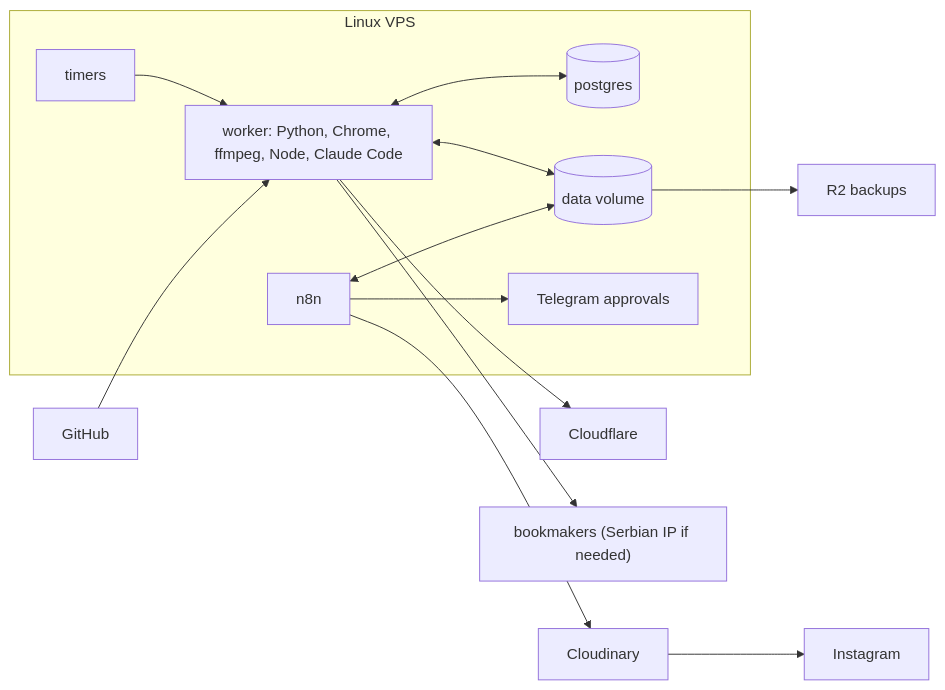
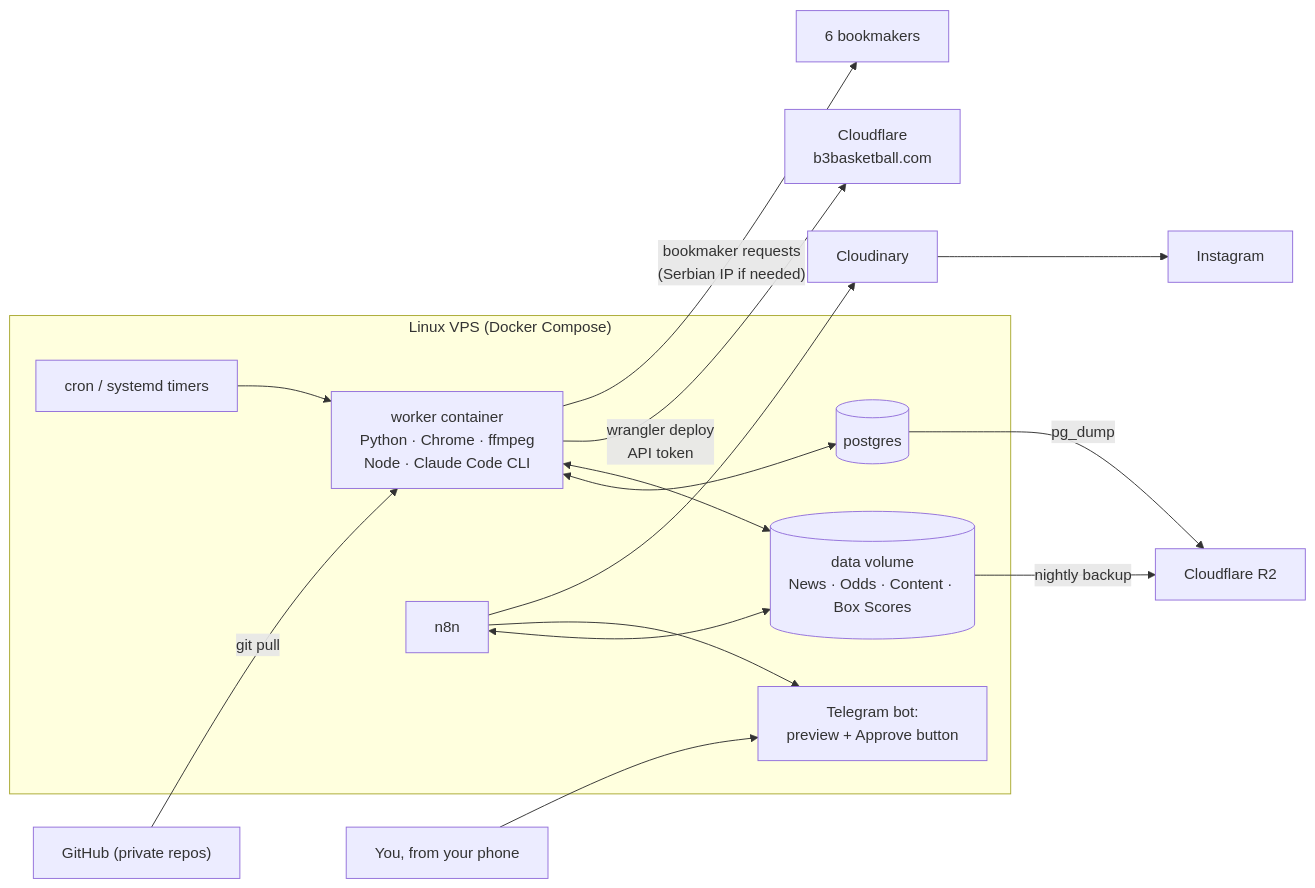
Before and after one commit to branislavzoric/nbafantasy: the seventh of 7 diagrams in docs/ARCHITECTURE.md, drawn with Mermaid. The commit also changed other lines of this file, not shown here.

Commit message:
Expand ARCHITECTURE.md into the full system map

````diff
--- a/docs/ARCHITECTURE.md
+++ b/docs/ARCHITECTURE.md
@@ -126,15 +350,17 @@
 ```mermaid
 flowchart LR
-  subgraph VPS["Linux VPS"]
-    CRON["timers"] --> WK["worker: Python, Chrome, ffmpeg, Node, Claude Code"]
+  subgraph VPS["Linux VPS (Docker Compose)"]
+    CRON["cron / systemd timers"] --> WK["worker container<br/>Python · Chrome · ffmpeg<br/>Node · Claude Code CLI"]
     WK <--> PG[("postgres")]
-    WK <--> VOL[("data volume")]
+    WK <--> VOL[("data volume<br/>News · Odds · Content · Box Scores")]
     N8N["n8n"] <--> VOL
-    N8N --> TG["Telegram approvals"]
+    N8N --> TG["Telegram bot:<br/>preview + Approve button"]
   end
-  GH["GitHub"] --> WK
-  WK --> CF["Cloudflare"]
+  GH["GitHub (private repos)"] -->|git pull| WK
+  WK -->|wrangler deploy<br/>API token| CF["Cloudflare<br/>b3basketball.com"]
   N8N --> CLD["Cloudinary"] --> IG["Instagram"]
-  VOL --> R2["R2 backups"]
-  WK --> BK["bookmakers (Serbian IP if needed)"]
+  VOL -->|nightly backup| R2["Cloudflare R2"]
+  PG -->|pg_dump| R2
+  WK -->|"bookmaker requests<br/>(Serbian IP if needed)"| BK["6 bookmakers"]
+  YOU["You, from your phone"] --> TG
 ```
````
